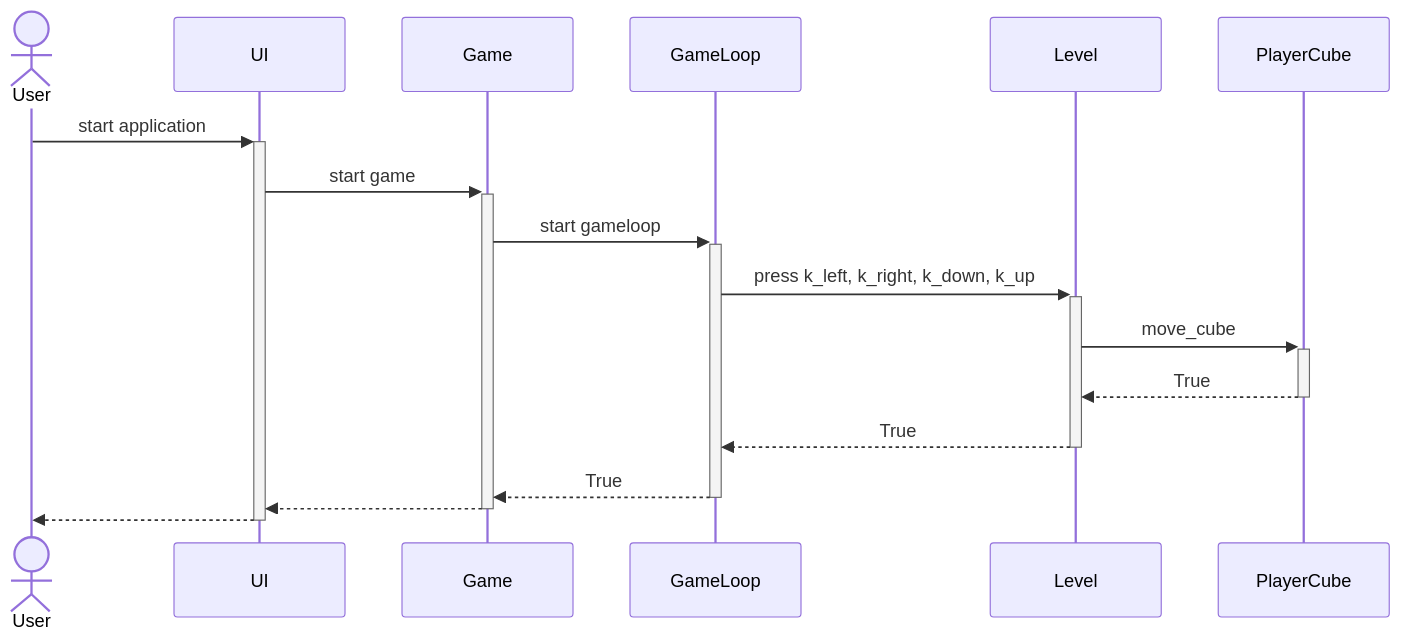
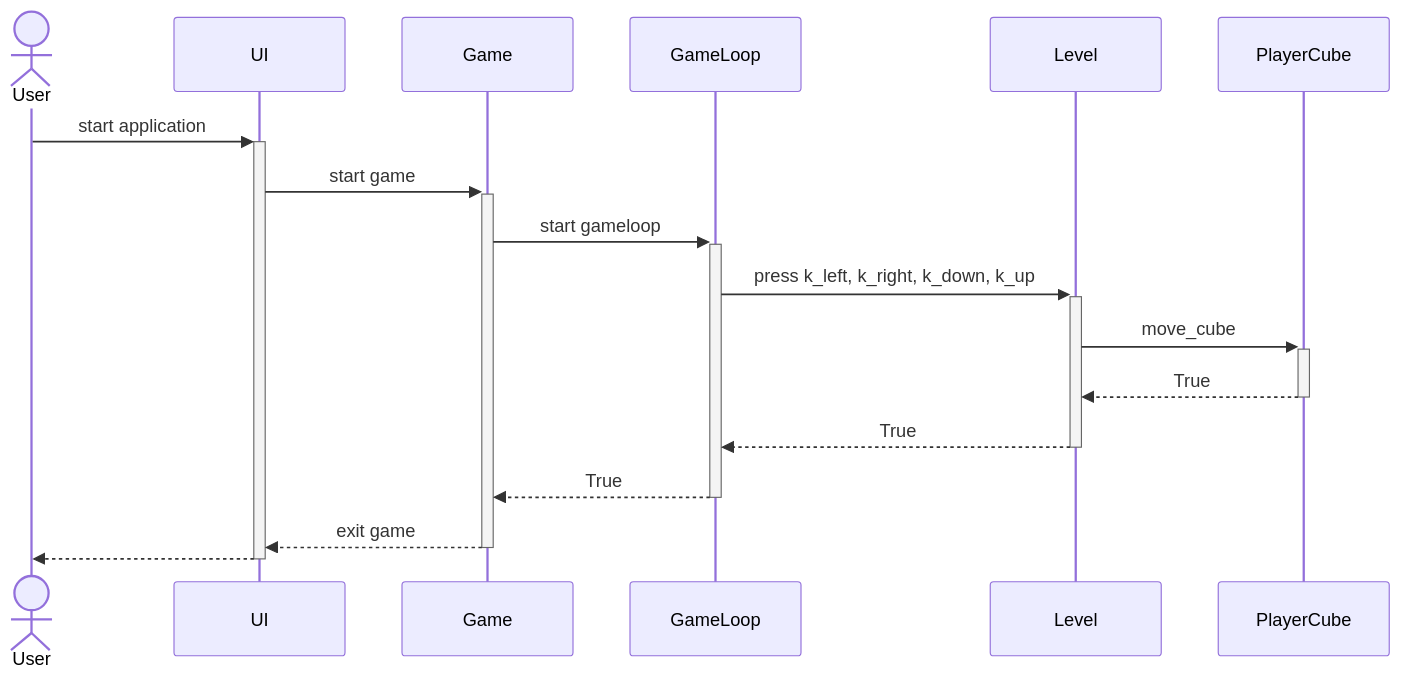
Before and after one commit to oskarruo/ot-harjoitustyo: the second of 2 diagrams in dokumentaatio/arkkitehtuuri.md, drawn with Mermaid.

````diff
--- a/dokumentaatio/arkkitehtuuri.md
+++ b/dokumentaatio/arkkitehtuuri.md
@@ -28,20 +28,20 @@
 ```mermaid
 sequenceDiagram
     actor User
     participant UI
     participant Game
     participant GameLoop
     participant Level
     participant PlayerCube
     
     User ->>+ UI: start application
     UI ->>+ Game: start game
     Game ->>+ GameLoop: start gameloop
     GameLoop ->>+ Level: press k_left, k_right, k_down, k_up
     Level ->>+ PlayerCube: move_cube
     PlayerCube -->>- Level: True
     Level -->>- GameLoop: True 
     GameLoop -->>- Game: True
-    Game -->>- UI:
+    Game -->>- UI: exit game
     UI -->>- User:
 ```
````
